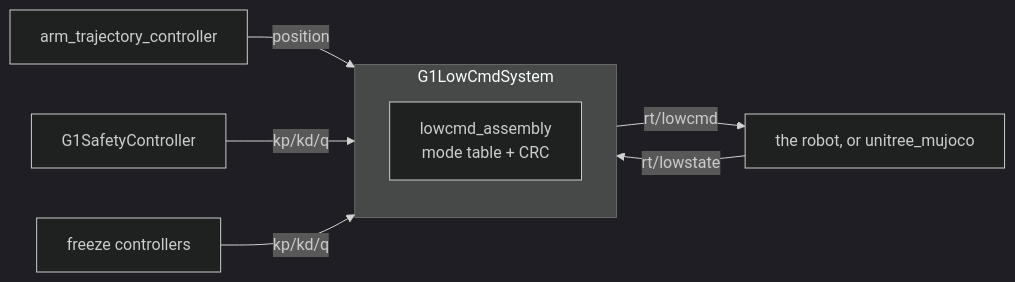
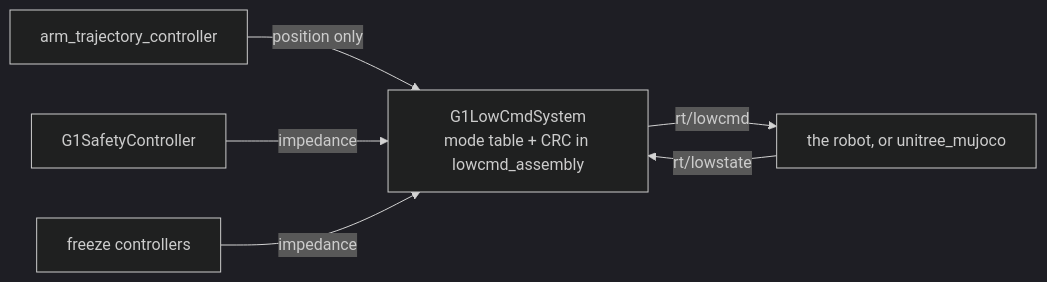
The diagram in workspace/src/g1_hardware_interface/README.md (Adyansh04/grove-g1), drawn with Mermaid (dark theme) before and after one commit. The commit also changed other lines of this file and 107 other files, not shown here.

````diff
--- a/workspace/src/g1_hardware_interface/README.md
+++ b/workspace/src/g1_hardware_interface/README.md
@@ -12,11 +12,8 @@
 ```mermaid
 flowchart LR
-    JTC["arm_trajectory_controller"] -- "position" --> P
-    SAFE["G1SafetyController"] -- "kp/kd/q" --> P
-    FRZ["freeze controllers"] -- "kp/kd/q" --> P
-    subgraph P["G1LowCmdSystem"]
-        ASM["lowcmd_assembly<br/>mode table + CRC"]
-    end
+    JTC["arm_trajectory_controller"] -- "position only" --> P["G1LowCmdSystem<br/>mode table + CRC in lowcmd_assembly"]
+    SAFE["G1SafetyController"] -- "impedance" --> P
+    FRZ["freeze controllers"] -- "impedance" --> P
     P -- "rt/lowcmd" --> R["the robot, or unitree_mujoco"]
     R -- "rt/lowstate" --> P
 ```
````
